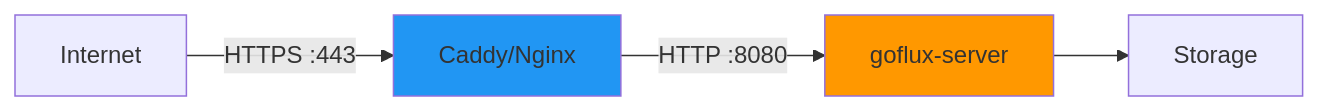
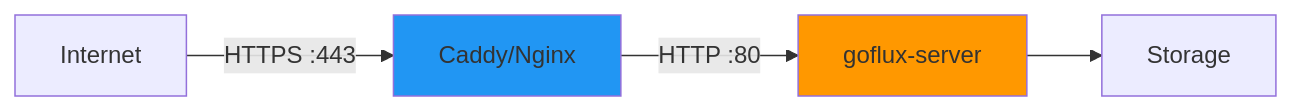
One commit to 0xRepo-Source/goflux changed the third of 6 diagrams in docs/architecture.md. Above: the diagram before and after it, drawn with Mermaid. The commit also changed other lines of this file and 3 other files, not shown here.

````diff
--- a/docs/architecture.md
+++ b/docs/architecture.md
@@ -102,9 +102,9 @@
 ```mermaid
 graph LR
     A[Internet] -->|HTTPS :443| B[Caddy/Nginx]
-    B -->|HTTP :8080| C[goflux-server]
+    B -->|HTTP :80| C[goflux-server]
     C --> D[Storage]
     
     style B fill:#2196F3
     style C fill:#FF9800
 ```
````
